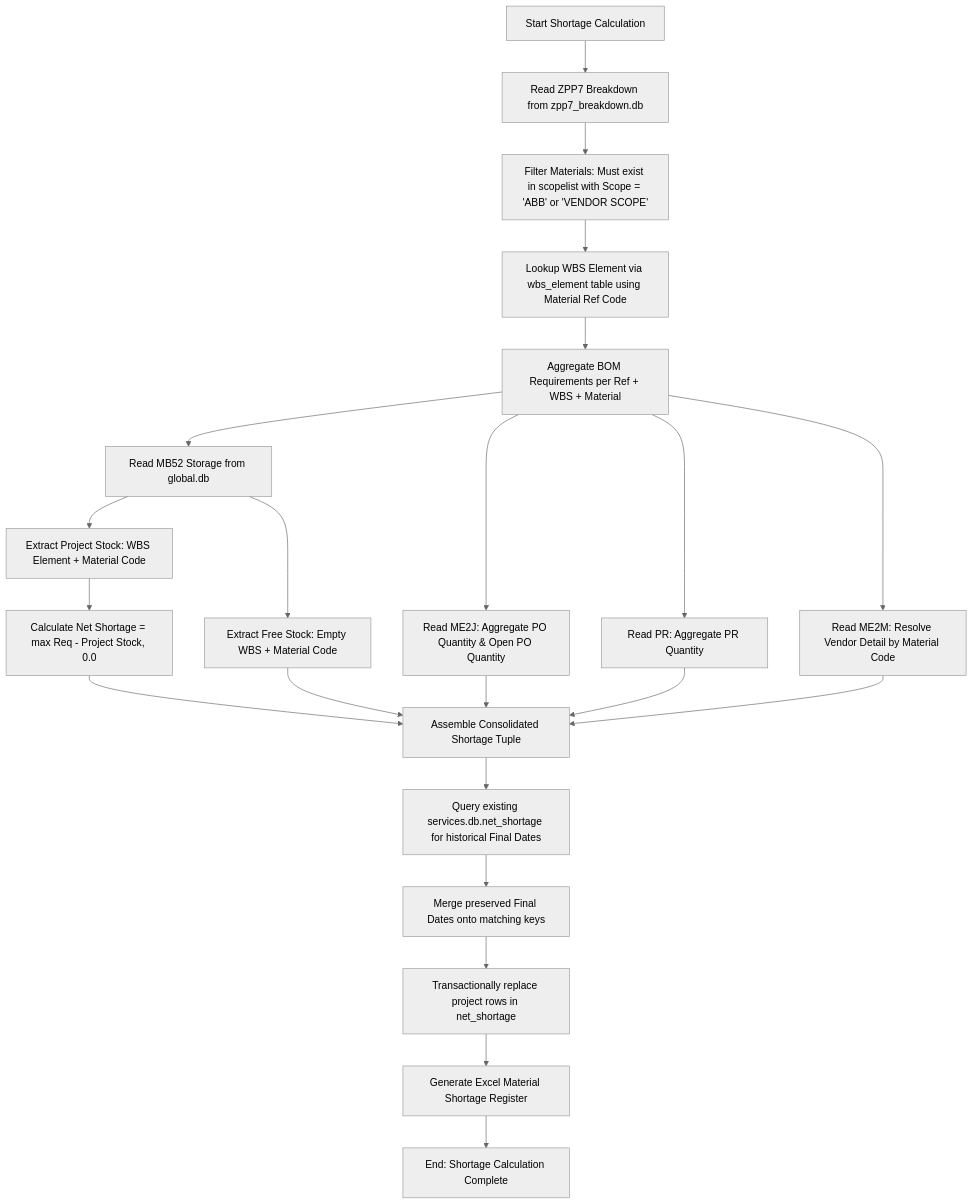
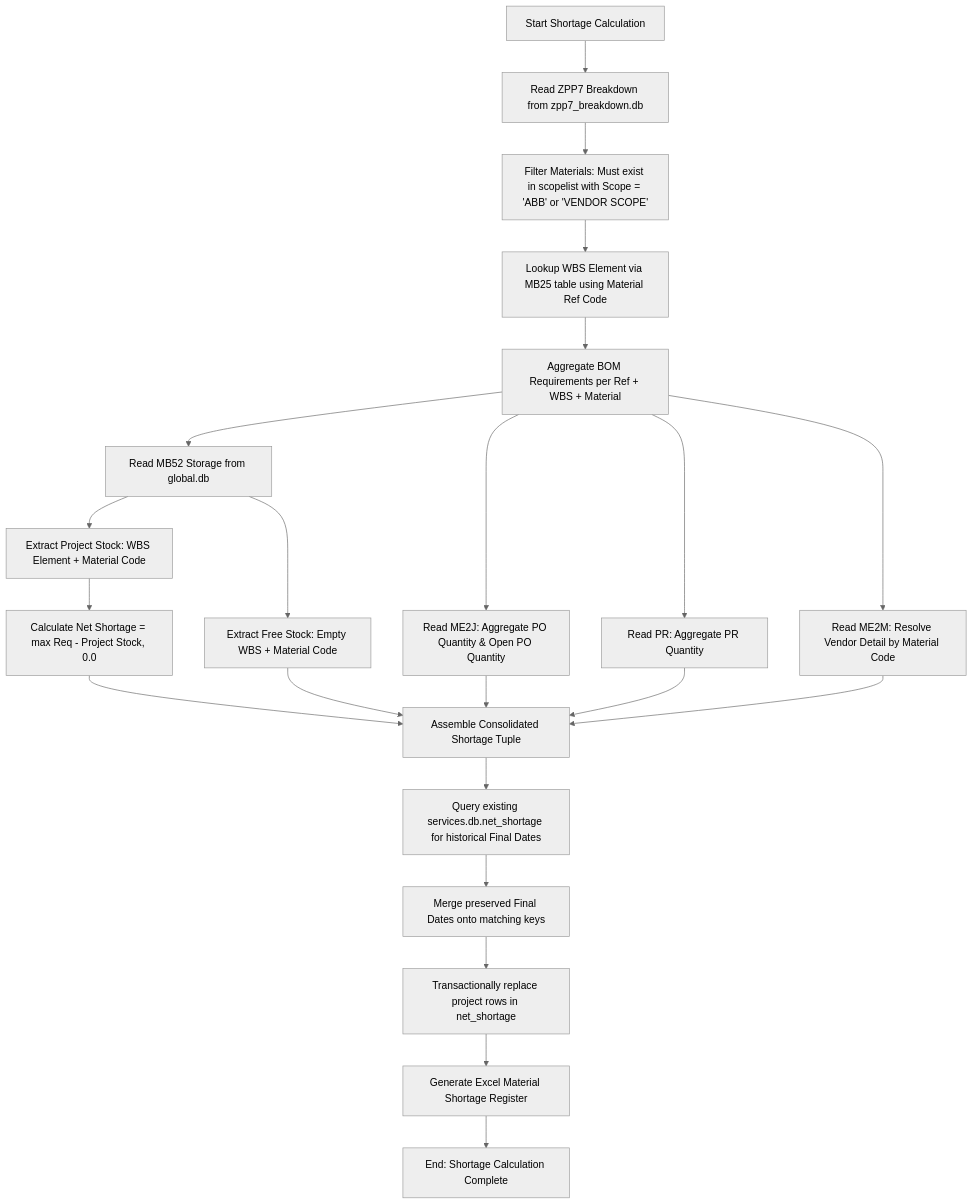
Before and after one commit to vipulahire1357-png/Shortage_Management_System-Django-: the fourth of 7 diagrams in ABB_SHORTAGE_VENDOR_SYSTEM_AUDIT.md, drawn with Mermaid (neutral theme). The commit also changed other lines of this file and 8 other files, not shown here.

````diff
--- a/ABB_SHORTAGE_VENDOR_SYSTEM_AUDIT.md
+++ b/ABB_SHORTAGE_VENDOR_SYSTEM_AUDIT.md
@@ -666,20 +666,20 @@
 ```mermaid
 flowchart TD
     A[Start Shortage Calculation] --> B[Read ZPP7 Breakdown from zpp7_breakdown.db]
     B --> C[Filter Materials: Must exist in scopelist with Scope = 'ABB' or 'VENDOR SCOPE']
-    C --> D[Lookup WBS Element via wbs_element table using Material Ref Code]
+    C --> D[Lookup WBS Element via MB25 table using Material Ref Code]
     D --> E[Aggregate BOM Requirements per Ref + WBS + Material]
     E --> F[Read MB52 Storage from global.db]
     F --> G[Extract Project Stock: WBS Element + Material Code]
     F --> H[Extract Free Stock: Empty WBS + Material Code]
     G --> I[Calculate Net Shortage = max Req - Project Stock, 0.0]
     E --> J[Read ME2J: Aggregate PO Quantity & Open PO Quantity]
     E --> K[Read PR: Aggregate PR Quantity]
     E --> L[Read ME2M: Resolve Vendor Detail by Material Code]
     I & H & J & K & L --> M[Assemble Consolidated Shortage Tuple]
     M --> N[Query existing services.db.net_shortage for historical Final Dates]
     N --> O[Merge preserved Final Dates onto matching keys]
     O --> P[Transactionally replace project rows in net_shortage]
     P --> Q[Generate Excel Material Shortage Register]
     Q --> R[End: Shortage Calculation Complete]
 ```
````
